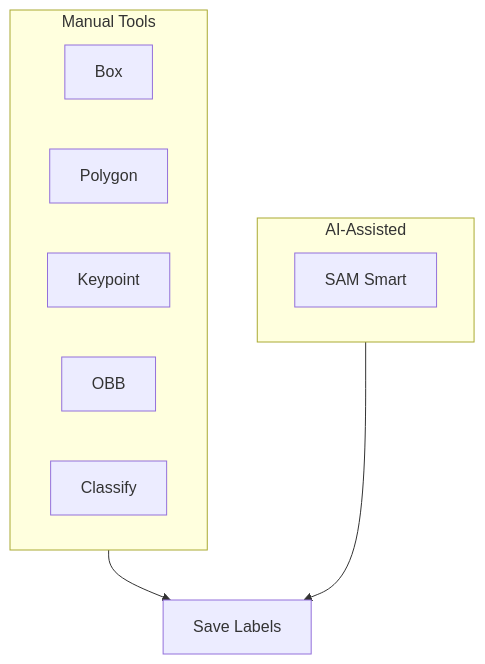
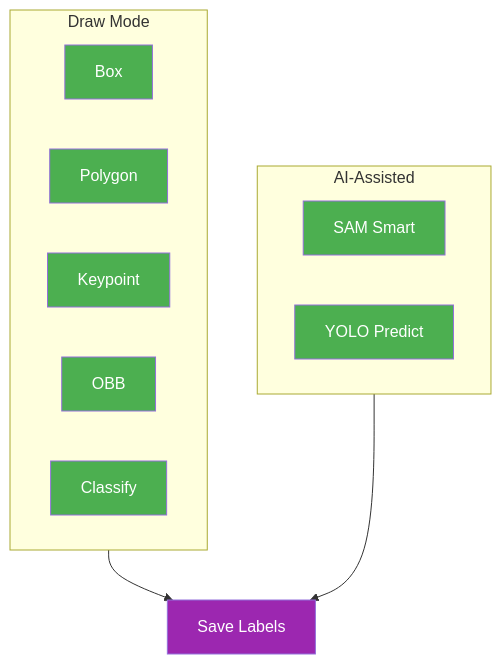
Before and after one commit to TEXTaiLES/AmalthAI: the first of 3 diagrams in Backend/ObjectDetection/ultralytics/docs/en/platform/data/annotation.md, drawn with Mermaid. The commit also changed other lines of this file and 943 other files, not shown here.

````diff
--- a/Backend/ObjectDetection/ultralytics/docs/en/platform/data/annotation.md
+++ b/Backend/ObjectDetection/ultralytics/docs/en/platform/data/annotation.md
@@ -13,11 +14,15 @@
 ```mermaid
 graph TB
-    subgraph Manual["Manual Tools"]
-        A[Box] & B[Polygon] & C[Keypoint] & D[OBB] & E[Classify]
+    subgraph Draw["Draw Mode"]
+        A[Box]:::start & B[Polygon]:::start & C[Keypoint]:::start & D[OBB]:::start & E[Classify]:::start
     end
     subgraph AI["AI-Assisted"]
-        F[SAM Smart]
+        F[SAM Smart]:::start
+        G[YOLO Predict]:::start
     end
-    Manual --> H[Save Labels]
+    Draw --> H[Save Labels]:::out
     AI --> H
+
+    classDef start fill:#4CAF50,color:#fff
+    classDef out fill:#9C27B0,color:#fff
 ```
````
